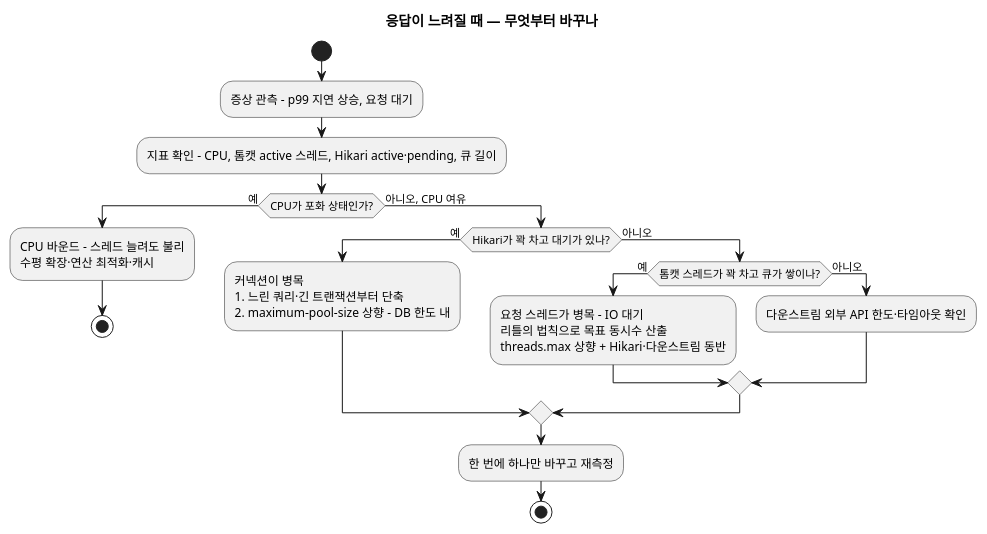
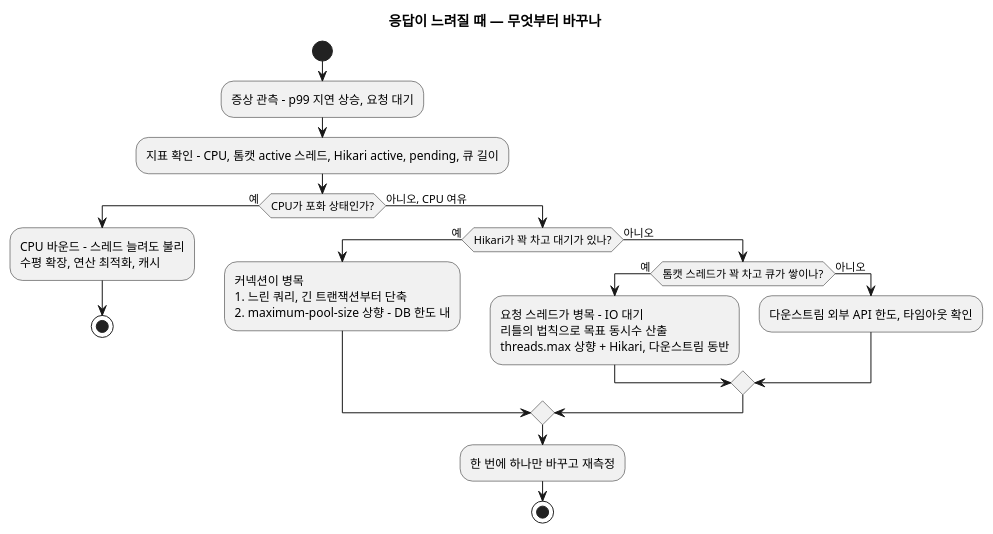
The second of 2 diagrams in blog/2026-08-18-spring-boot-thread-pools.mdx (johnycho/johny-dev), drawn with PlantUML before and after one commit. The commit also changed other lines of this file and 188 other files, not shown here.

````diff
--- a/blog/2026-08-18-spring-boot-thread-pools.mdx
+++ b/blog/2026-08-18-spring-boot-thread-pools.mdx
@@ -186,24 +186,24 @@
 ```plantuml
 @startuml
 title 응답이 느려질 때 — 무엇부터 바꾸나
 start
 :증상 관측 - p99 지연 상승, 요청 대기;
-:지표 확인 - CPU, 톰캣 active 스레드, Hikari active·pending, 큐 길이;
+:지표 확인 - CPU, 톰캣 active 스레드, Hikari active, pending, 큐 길이;
 if (CPU가 포화 상태인가?) then (예)
-  :CPU 바운드 - 스레드 늘려도 불리\n수평 확장·연산 최적화·캐시;
+  :CPU 바운드 - 스레드 늘려도 불리\n수평 확장, 연산 최적화, 캐시;
   stop
 else (아니오, CPU 여유)
   if (Hikari가 꽉 차고 대기가 있나?) then (예)
-    :커넥션이 병목\n1. 느린 쿼리·긴 트랜잭션부터 단축\n2. maximum-pool-size 상향 - DB 한도 내;
+    :커넥션이 병목\n1. 느린 쿼리, 긴 트랜잭션부터 단축\n2. maximum-pool-size 상향 - DB 한도 내;
   else (아니오)
     if (톰캣 스레드가 꽉 차고 큐가 쌓이나?) then (예)
-      :요청 스레드가 병목 - IO 대기\n리틀의 법칙으로 목표 동시수 산출\nthreads.max 상향 + Hikari·다운스트림 동반;
+      :요청 스레드가 병목 - IO 대기\n리틀의 법칙으로 목표 동시수 산출\nthreads.max 상향 + Hikari, 다운스트림 동반;
     else (아니오)
-      :다운스트림 외부 API 한도·타임아웃 확인;
+      :다운스트림 외부 API 한도, 타임아웃 확인;
     endif
   endif
   :한 번에 하나만 바꾸고 재측정;
   stop
 endif
 @enduml
 ```
````
